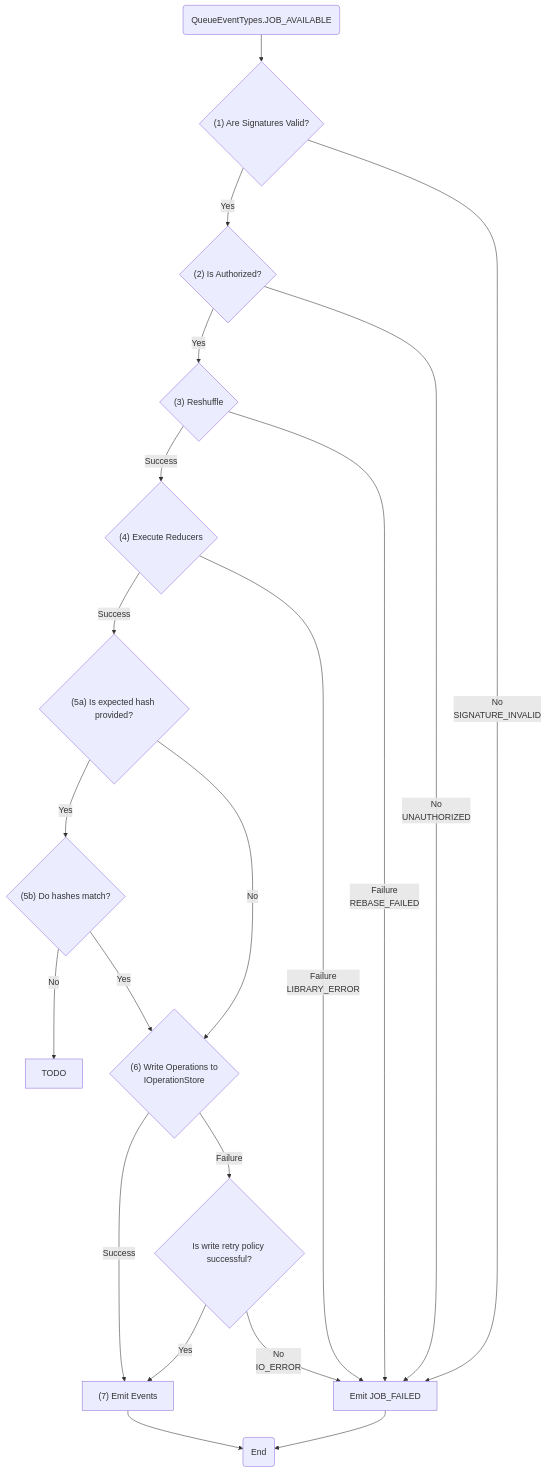
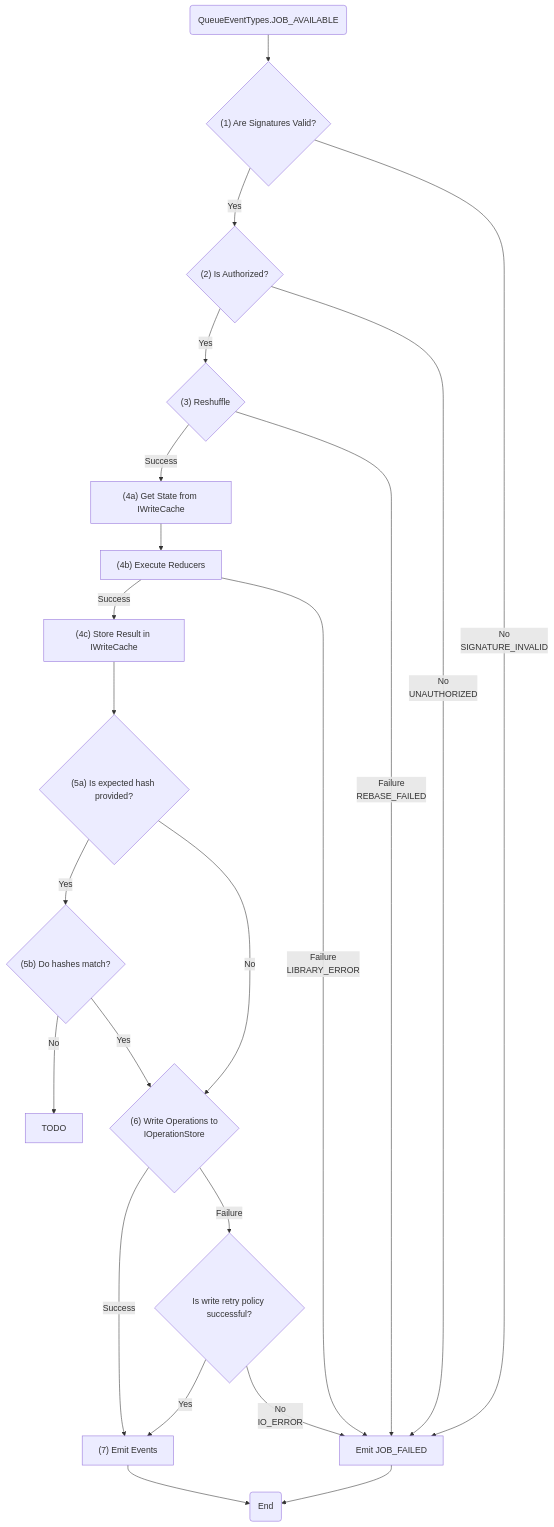
One commit to powerhouse-inc/powerhouse changed the second of 8 diagrams in packages/reactor/docs/planning/Jobs/index.md. Above: the diagram before and after it, drawn with Mermaid. The commit also changed other lines of this file and 4 other files, not shown here.

````diff
--- a/packages/reactor/docs/planning/Jobs/index.md
+++ b/packages/reactor/docs/planning/Jobs/index.md
@@ -88,25 +91,27 @@
 ```mermaid
 flowchart TD
     A("`QueueEventTypes.JOB_AVAILABLE`") --> C{"(1) Are Signatures Valid?"}
     C -->|Yes| F{"(2) Is Authorized?"}
     F -->|Yes| H{"(3) Reshuffle"}
-    H -->|Success| I{"(4) Execute Reducers"}
-    I -->|Success| J{"(5a) Is expected hash provided?"}
+    H -->|Success| IG["(4a) Get State from IWriteCache"]
+    IG --> I["(4b) Execute Reducers"]
+    I -->|Success| IP["(4c) Store Result in IWriteCache"]
+    IP --> J{"(5a) Is expected hash provided?"}
     J -->|Yes| K{"(5b) Do hashes match?"}
     J -->|No| L
     K -->|No| O["TODO"]
     K -->|Yes|L{"(6) Write Operations to<br/>IOperationStore"}
     L -->|Success| M["(7) Emit Events"]
 
     C -->|No<br/>SIGNATURE_INVALID| Failed
     F -->|No<br/>UNAUTHORIZED| Failed
     H -->|Failure<br/>REBASE_FAILED| Failed
     I -->|Failure<br/>LIBRARY_ERROR| Failed
     L -->|Failure| F5{"Is write retry policy successful?"}
     F5 -->|Yes| M
     F5 -->|No<br/>IO_ERROR| Failed
 
     Failed["Emit JOB_FAILED"] --> End
 
     M --> End("End")
 ```
````
